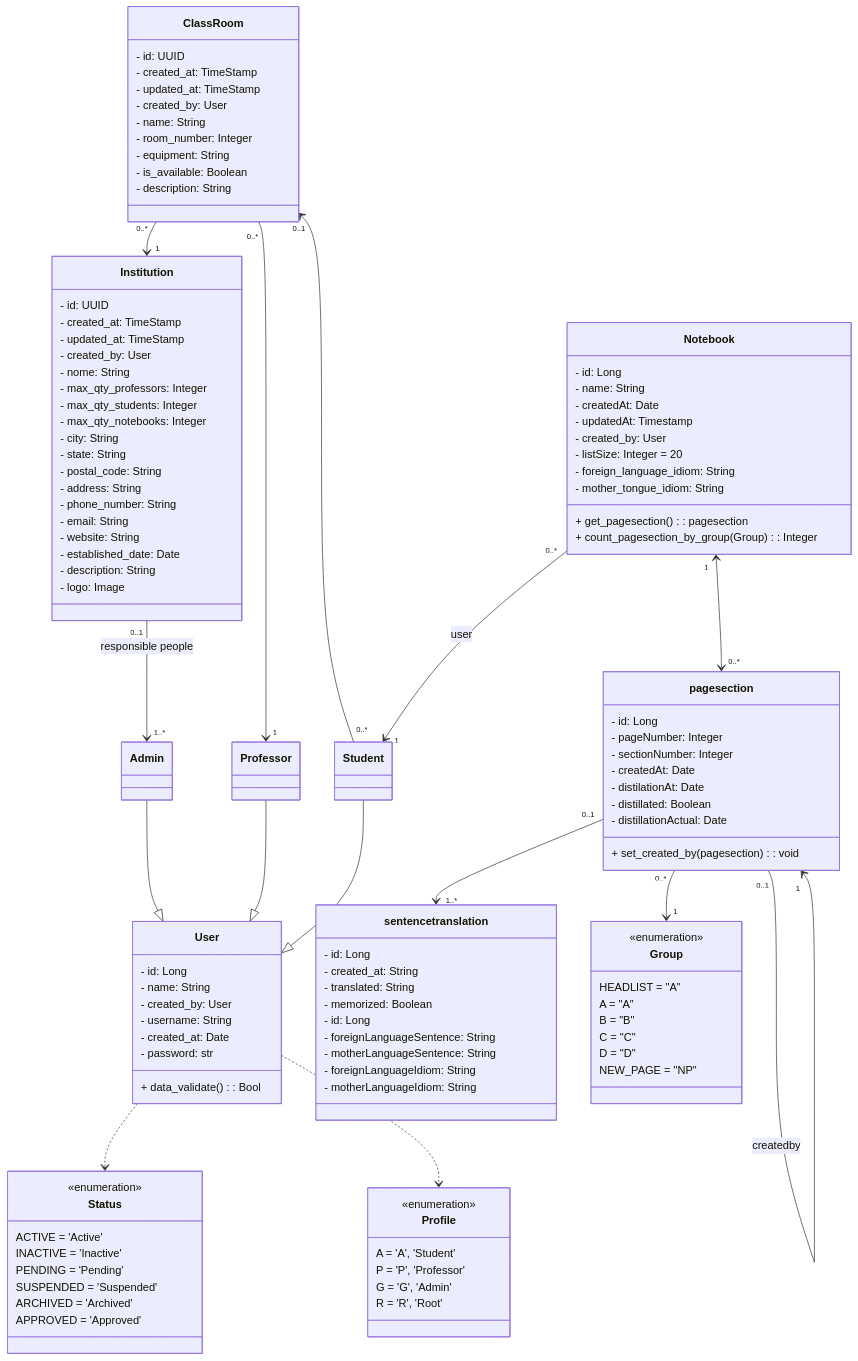
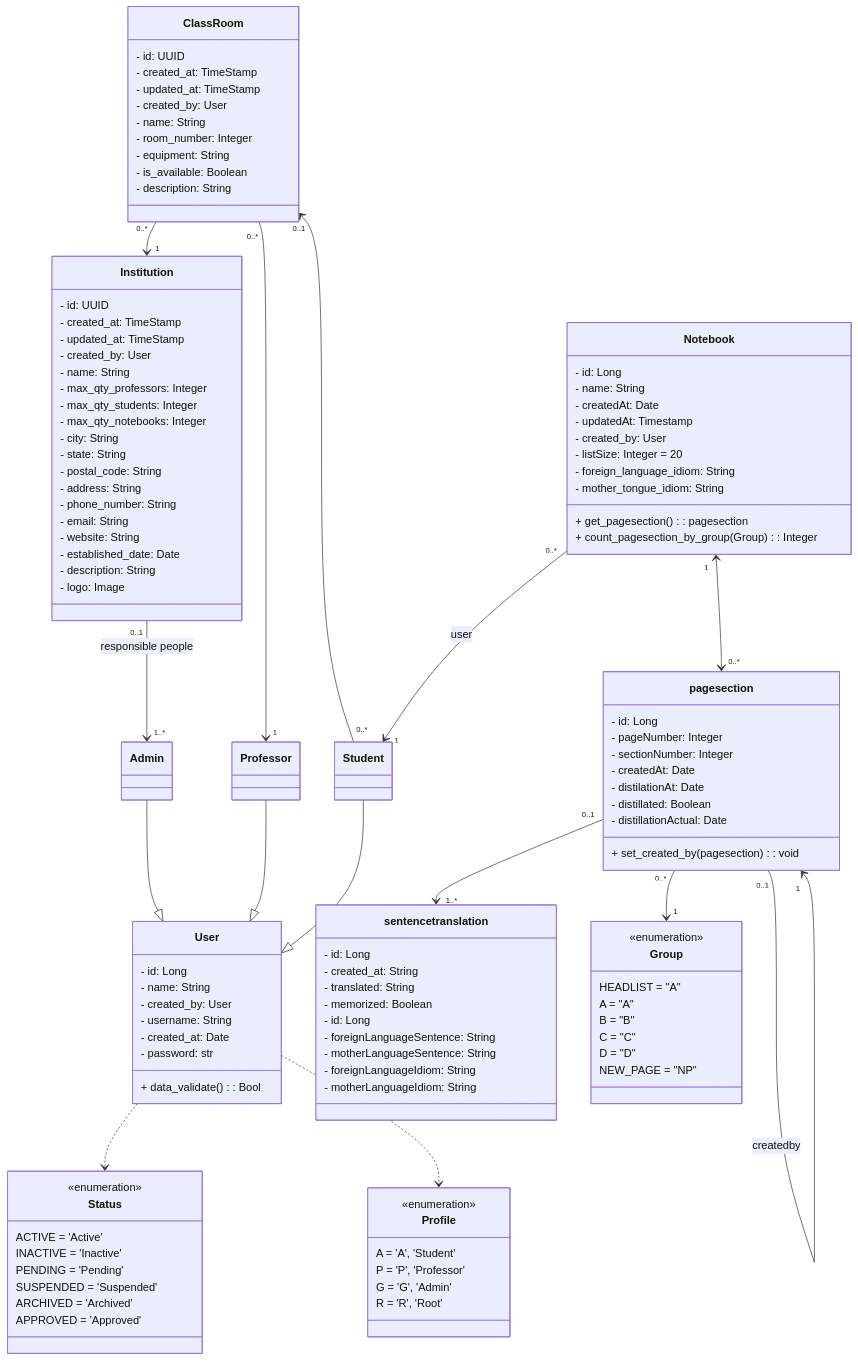
One commit to microrepar/gold-list-method-app-django changed the diagram in .documentation/ClassDiagramGoldList.md. Above: the diagram before and after it, drawn with Mermaid.

Commit message:
refact: alters attribute from portuguese to english.

```diff
--- a/.documentation/ClassDiagramGoldList.md
+++ b/.documentation/ClassDiagramGoldList.md
@@ -28,7 +28,7 @@
             - created_at: TimeStamp
             - updated_at: TimeStamp
             - created_by: User
-            - nome: String
+            - name: String
             - max_qty_professors: Integer
             - max_qty_students: Integer
             - max_qty_notebooks: Integer
```
